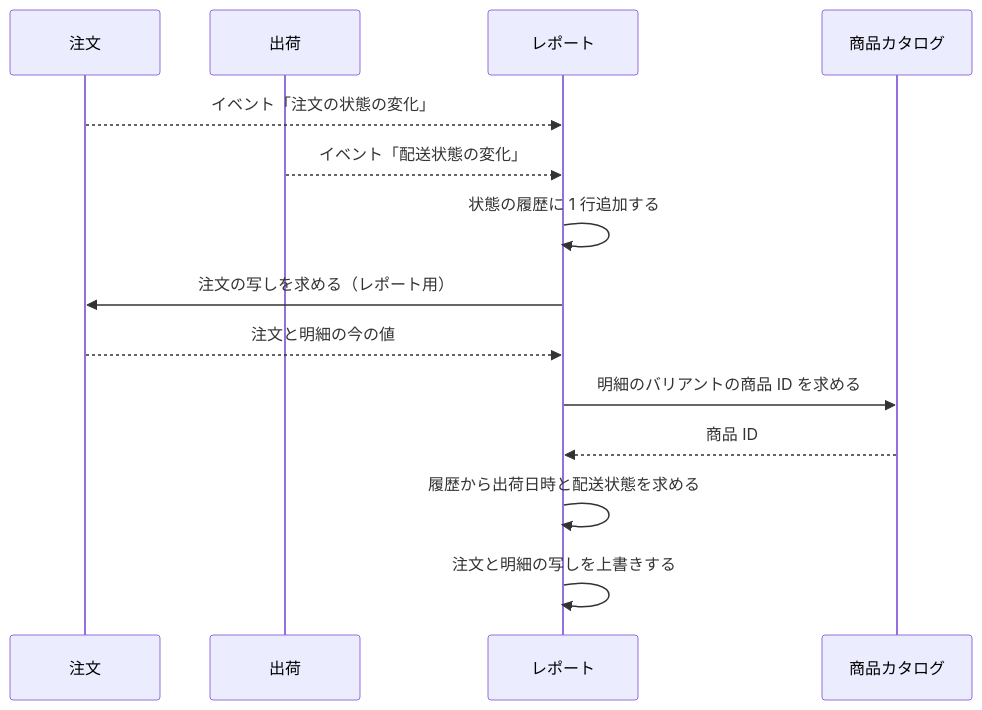
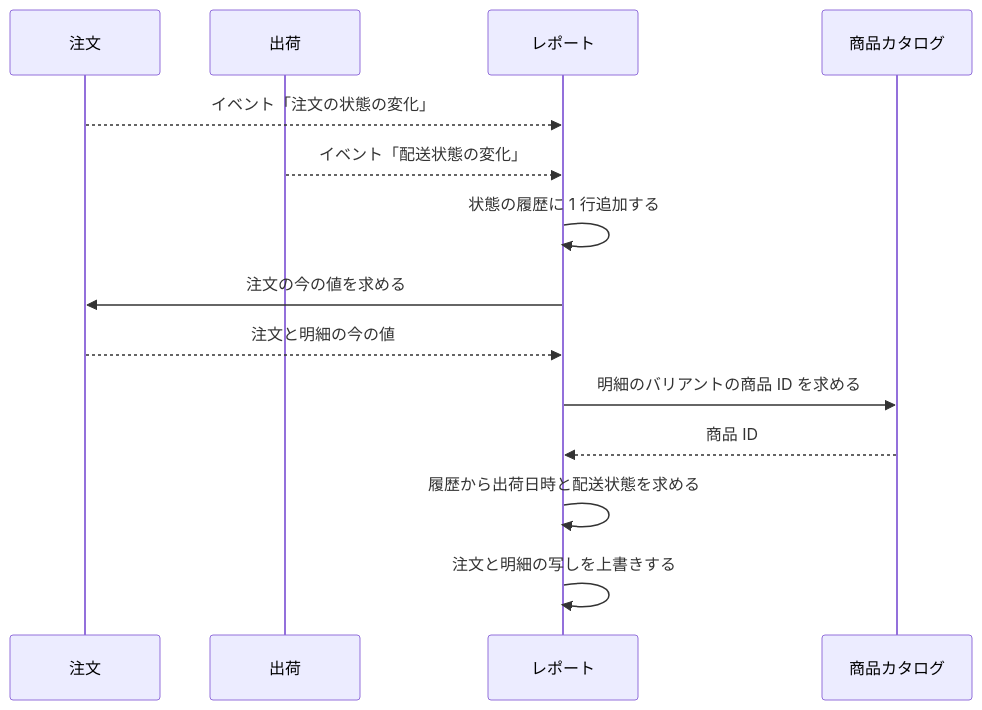
The first of 3 diagrams in docs/02-設計/reporting.md (roger88106/ec-site), drawn with Mermaid before and after one commit. The commit also changed 4 other files, not shown here.

````diff
--- a/docs/02-設計/reporting.md
+++ b/docs/02-設計/reporting.md
@@ -25,16 +25,16 @@
 ```mermaid
 sequenceDiagram
     participant O as 注文
     participant S as 出荷
     participant R as レポート
     participant C as 商品カタログ
     O-->>R: イベント「注文の状態の変化」
     S-->>R: イベント「配送状態の変化」
     R->>R: 状態の履歴に 1 行追加する
-    R->>O: 注文の写しを求める（レポート用）
+    R->>O: 注文の今の値を求める
     O-->>R: 注文と明細の今の値
     R->>C: 明細のバリアントの商品 ID を求める
     C-->>R: 商品 ID
     R->>R: 履歴から出荷日時と配送状態を求める
     R->>R: 注文と明細の写しを上書きする
 ```
````
